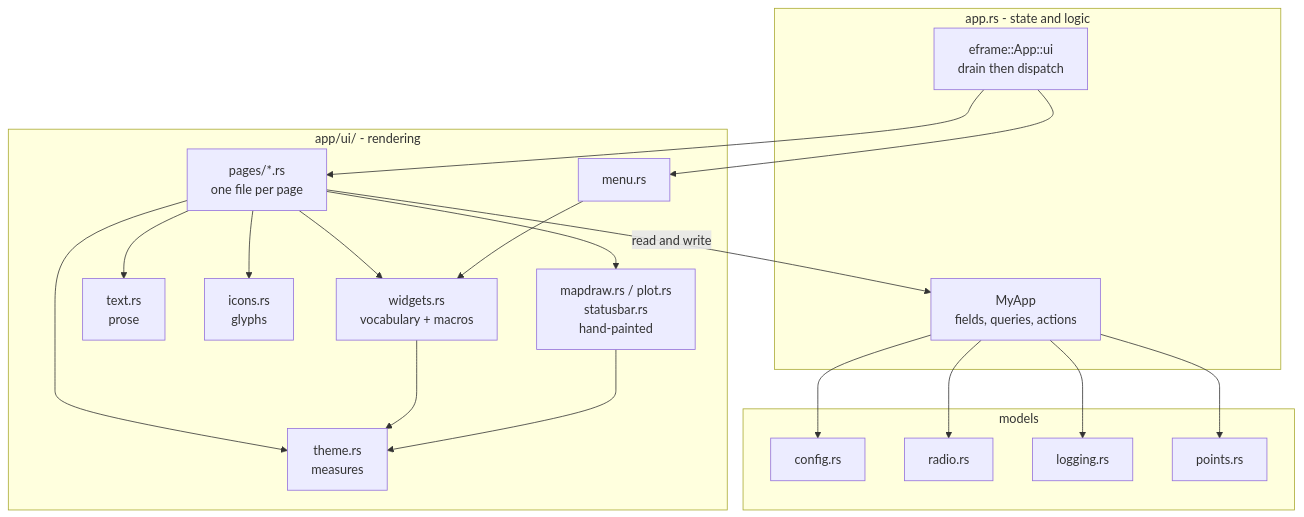
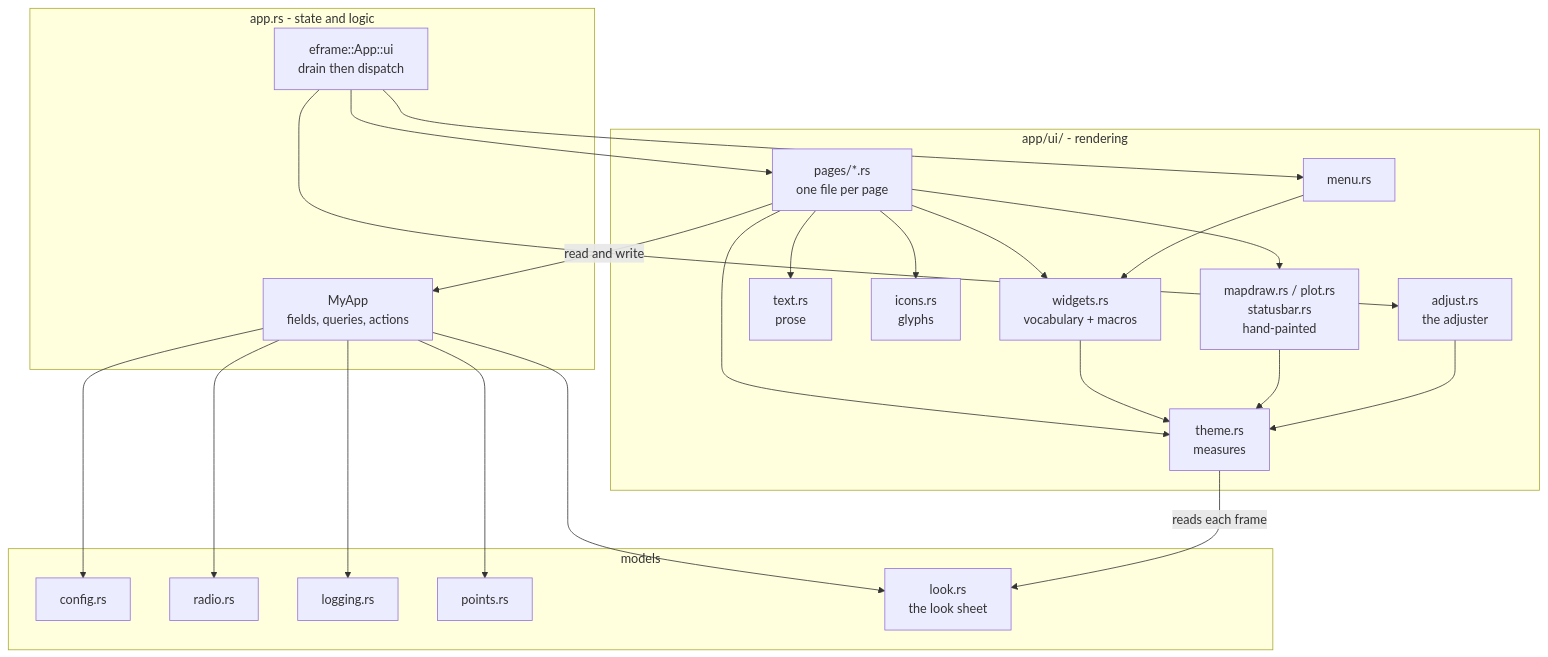
Before and after one commit to Telemety-In-Midair/gps-gui-rs: the diagram in docs/ui.md, drawn with Mermaid. The commit also changed other lines of this file and 23 other files, not shown here.

````diff
--- a/docs/ui.md
+++ b/docs/ui.md
@@ -44,38 +47,44 @@
 ```mermaid
 graph TD
     subgraph state["app.rs - state and logic"]
         MyApp["MyApp<br/>fields, queries, actions"]
         Loop["eframe::App::ui<br/>drain then dispatch"]
     end
     subgraph view["app/ui/ - rendering"]
         Pages["pages/*.rs<br/>one file per page"]
         Widgets["widgets.rs<br/>vocabulary + macros"]
         Theme["theme.rs<br/>measures"]
         Text["text.rs<br/>prose"]
         Icons["icons.rs<br/>glyphs"]
         Menu["menu.rs"]
         Draw["mapdraw.rs / plot.rs<br/>statusbar.rs<br/>hand-painted"]
+        Adjust["adjust.rs<br/>the adjuster"]
     end
     subgraph model["models"]
         Config["config.rs"]
         Radio["radio.rs"]
         Logging["logging.rs"]
         Points["points.rs"]
+        Look["look.rs<br/>the look sheet"]
     end
 
     Loop --> Pages
     Loop --> Menu
     Pages --> Widgets
     Pages --> Theme
     Pages --> Text
     Pages --> Icons
     Pages --> Draw
     Menu --> Widgets
     Widgets --> Theme
     Draw --> Theme
     Pages -->|read and write| MyApp
     MyApp --> Config
     MyApp --> Radio
     MyApp --> Logging
     MyApp --> Points
+    MyApp --> Look
+    Theme -->|reads each frame| Look
+    Loop --> Adjust
+    Adjust --> Theme
 ```
````
